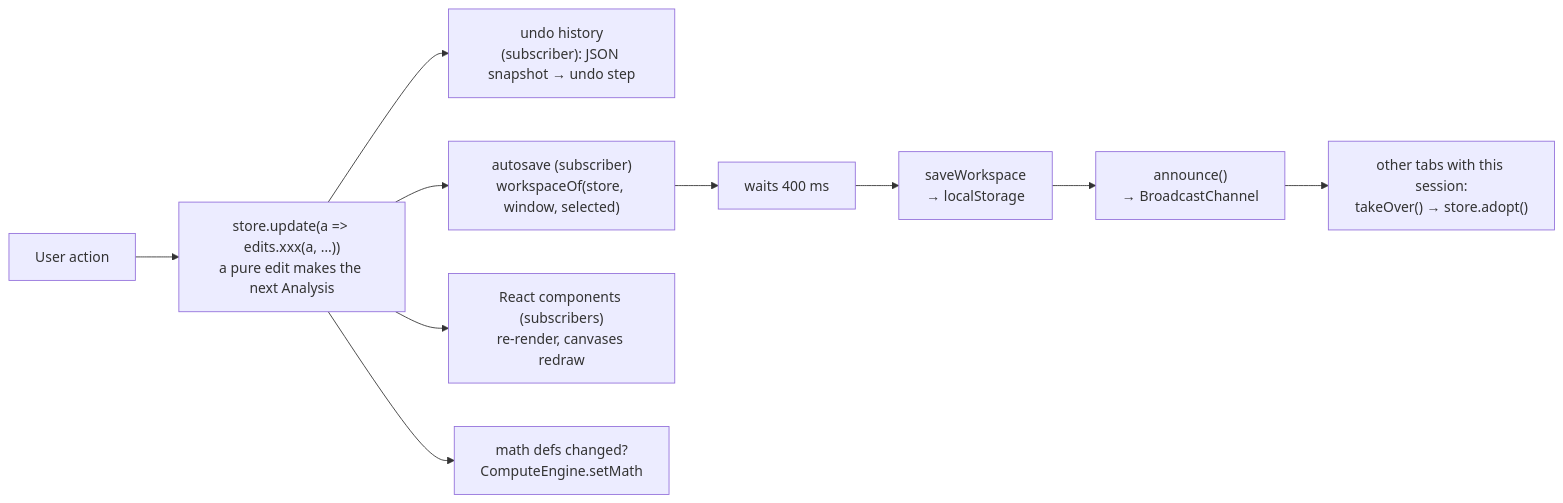
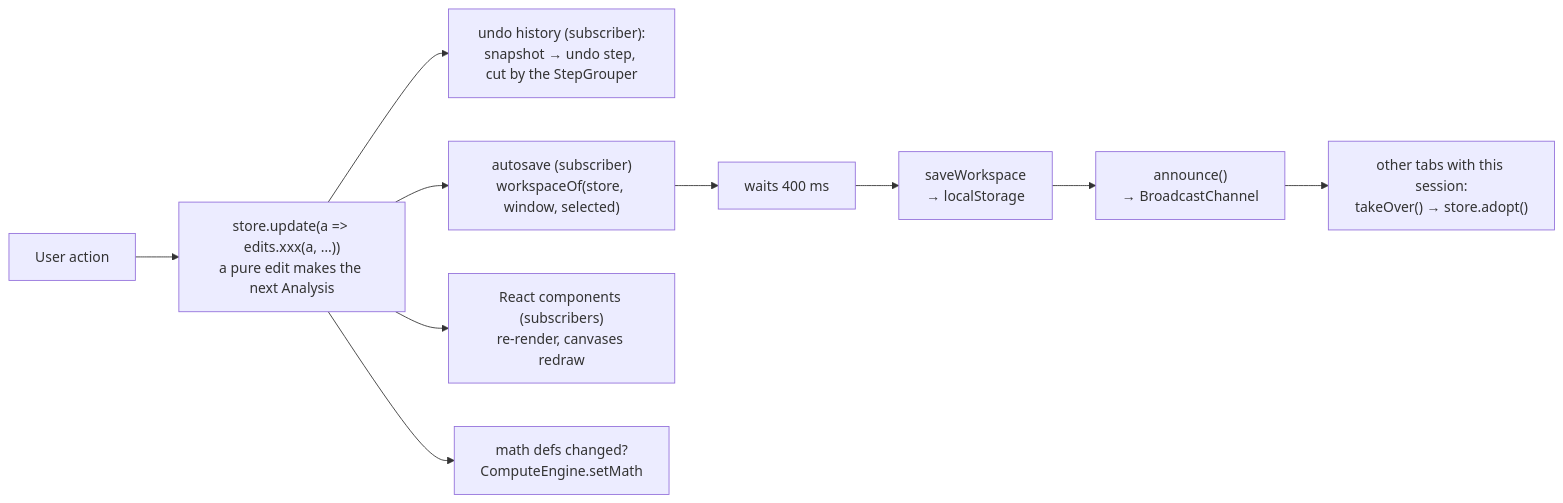
Before and after one commit to TeodorSameisky/SCOPE_VIEWER: the fourth of 4 diagrams in docs/architecture.md, drawn with Mermaid. The commit also changed other lines of this file and 49 other files, not shown here.

````diff
--- a/docs/architecture.md
+++ b/docs/architecture.md
@@ -184,12 +184,12 @@
 ```mermaid
 flowchart LR
   A["User action"] --> B["store.update(a => edits.xxx(a, …))<br/>a pure edit makes the next Analysis"]
-  B --> C["undo history<br/>(subscriber): JSON snapshot → undo step"]
+  B --> C["undo history (subscriber):<br/>snapshot → undo step, cut by the StepGrouper"]
   B --> D["autosave (subscriber)<br/>workspaceOf(store, window, selected)"]
   D --> E["waits 400 ms"]
   E --> F["saveWorkspace<br/>→ localStorage"]
   F --> G["announce()<br/>→ BroadcastChannel"]
   G --> H["other tabs with this session:<br/>takeOver() → store.adopt()"]
   B --> I["React components (subscribers)<br/>re-render, canvases redraw"]
   B --> J["math defs changed?<br/>ComputeEngine.setMath"]
 ```
````
